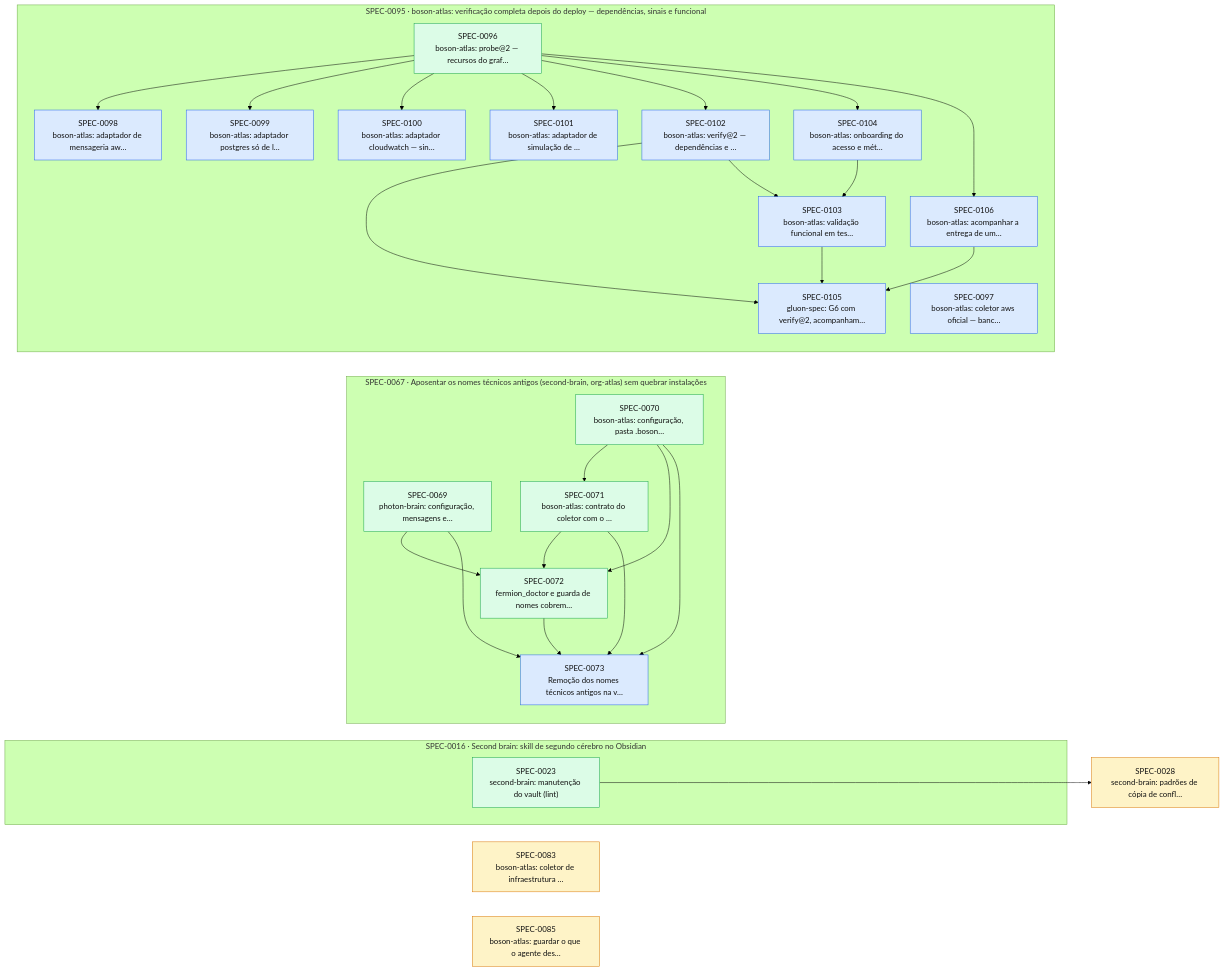
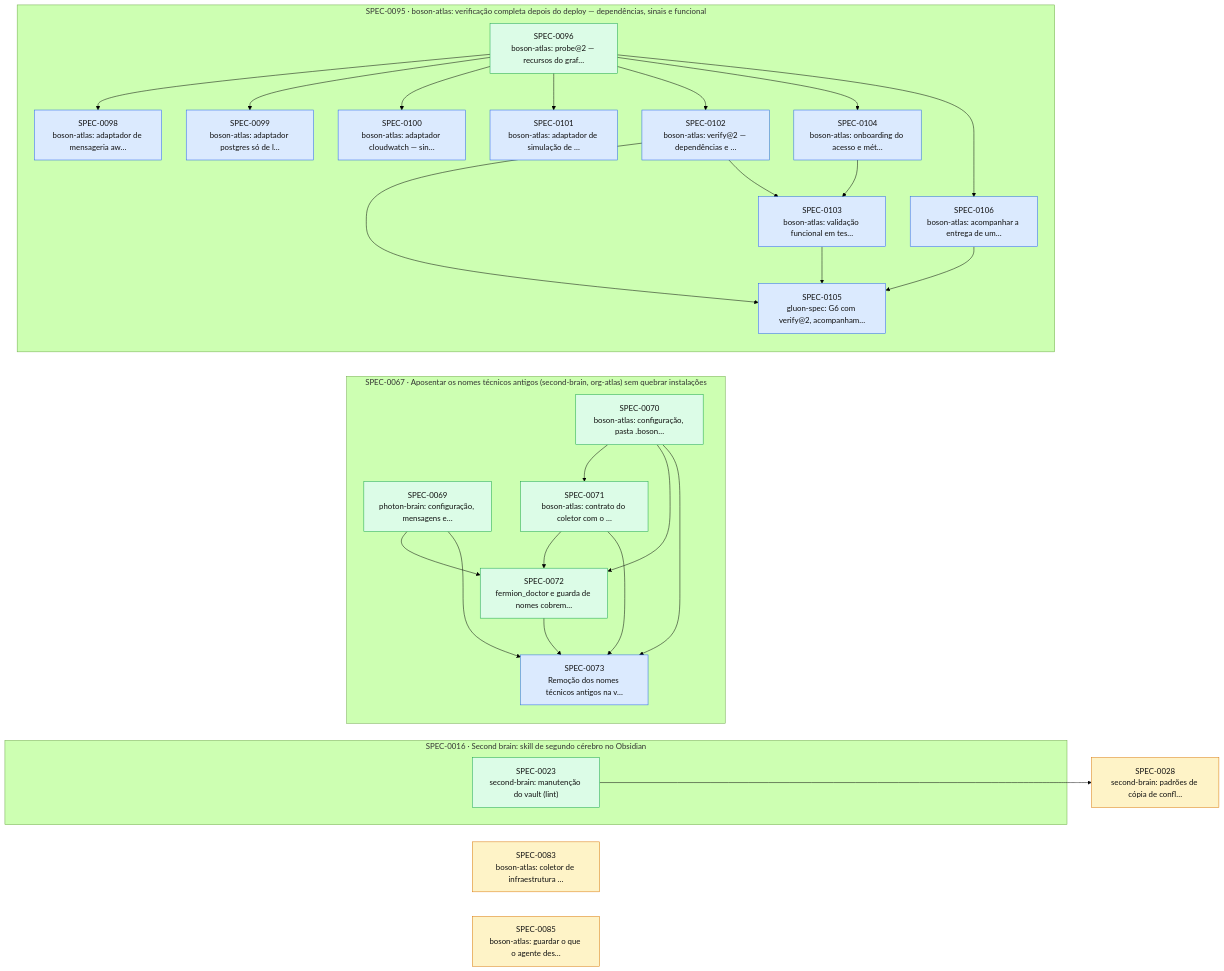
The diagram in docs/specs/INDEX.md (thomasravache/ai-dev-brain), drawn with Mermaid (forest theme) before and after one commit. The commit also changed other lines of this file and 1 other file, not shown here.

First line of the commit message:
docs(specs): G7 e fechamento da SPEC-0097

````diff
--- a/docs/specs/INDEX.md
+++ b/docs/specs/INDEX.md
@@ -75,55 +74,54 @@
 ```mermaid
 flowchart LR
   S0028["SPEC-0028<br/>second-brain: padrões de cópia de confl…"]:::proposed
   S0083["SPEC-0083<br/>boson-atlas: coletor de infraestrutura …"]:::proposed
   S0085["SPEC-0085<br/>boson-atlas: guardar o que o agente des…"]:::proposed
   subgraph E0016["SPEC-0016 · Second brain: skill de segundo cérebro no Obsidian"]
     S0023["SPEC-0023<br/>second-brain: manutenção do vault (lint)"]:::implemented
   end
   subgraph E0067["SPEC-0067 · Aposentar os nomes técnicos antigos (second-brain, org-atlas) sem quebrar instalações"]
     S0069["SPEC-0069<br/>photon-brain: configuração, mensagens e…"]:::implemented
     S0070["SPEC-0070<br/>boson-atlas: configuração, pasta .boson…"]:::implemented
     S0071["SPEC-0071<br/>boson-atlas: contrato do coletor com o …"]:::implemented
     S0072["SPEC-0072<br/>fermion_doctor e guarda de nomes cobrem…"]:::implemented
     S0073["SPEC-0073<br/>Remoção dos nomes técnicos antigos na v…"]:::approved
   end
   subgraph E0095["SPEC-0095 · boson-atlas: verificação completa depois do deploy — dependências, sinais e funcional"]
     S0096["SPEC-0096<br/>boson-atlas: probe@2 — recursos do graf…"]:::implemented
-    S0097["SPEC-0097<br/>boson-atlas: coletor aws oficial — banc…"]:::approved
     S0098["SPEC-0098<br/>boson-atlas: adaptador de mensageria aw…"]:::approved
     S0099["SPEC-0099<br/>boson-atlas: adaptador postgres só de l…"]:::approved
     S0100["SPEC-0100<br/>boson-atlas: adaptador cloudwatch — sin…"]:::approved
     S0101["SPEC-0101<br/>boson-atlas: adaptador de simulação de …"]:::approved
     S0102["SPEC-0102<br/>boson-atlas: verify@2 — dependências e …"]:::approved
     S0103["SPEC-0103<br/>boson-atlas: validação funcional em tes…"]:::approved
     S0104["SPEC-0104<br/>boson-atlas: onboarding do acesso e mét…"]:::approved
     S0105["SPEC-0105<br/>gluon-spec: G6 com verify@2, acompanham…"]:::approved
     S0106["SPEC-0106<br/>boson-atlas: acompanhar a entrega de um…"]:::approved
   end
   S0023 --> S0028
   S0070 --> S0071
   S0069 --> S0072
   S0070 --> S0072
   S0071 --> S0072
   S0069 --> S0073
   S0070 --> S0073
   S0071 --> S0073
   S0072 --> S0073
   S0096 --> S0098
   S0096 --> S0099
   S0096 --> S0100
   S0096 --> S0101
   S0096 --> S0102
   S0102 --> S0103
   S0104 --> S0103
   S0096 --> S0104
   S0102 --> S0105
   S0103 --> S0105
   S0106 --> S0105
   S0096 --> S0106
   classDef proposed fill:#fef3c7,stroke:#d97706,color:#111
   classDef approved fill:#dbeafe,stroke:#2563eb,color:#111
   classDef inprogress fill:#ede9fe,stroke:#7c3aed,color:#111
   classDef implemented fill:#dcfce7,stroke:#16a34a,color:#111
   classDef deprecated fill:#f3f4f6,stroke:#9ca3af,color:#6b7280
 ```
````
